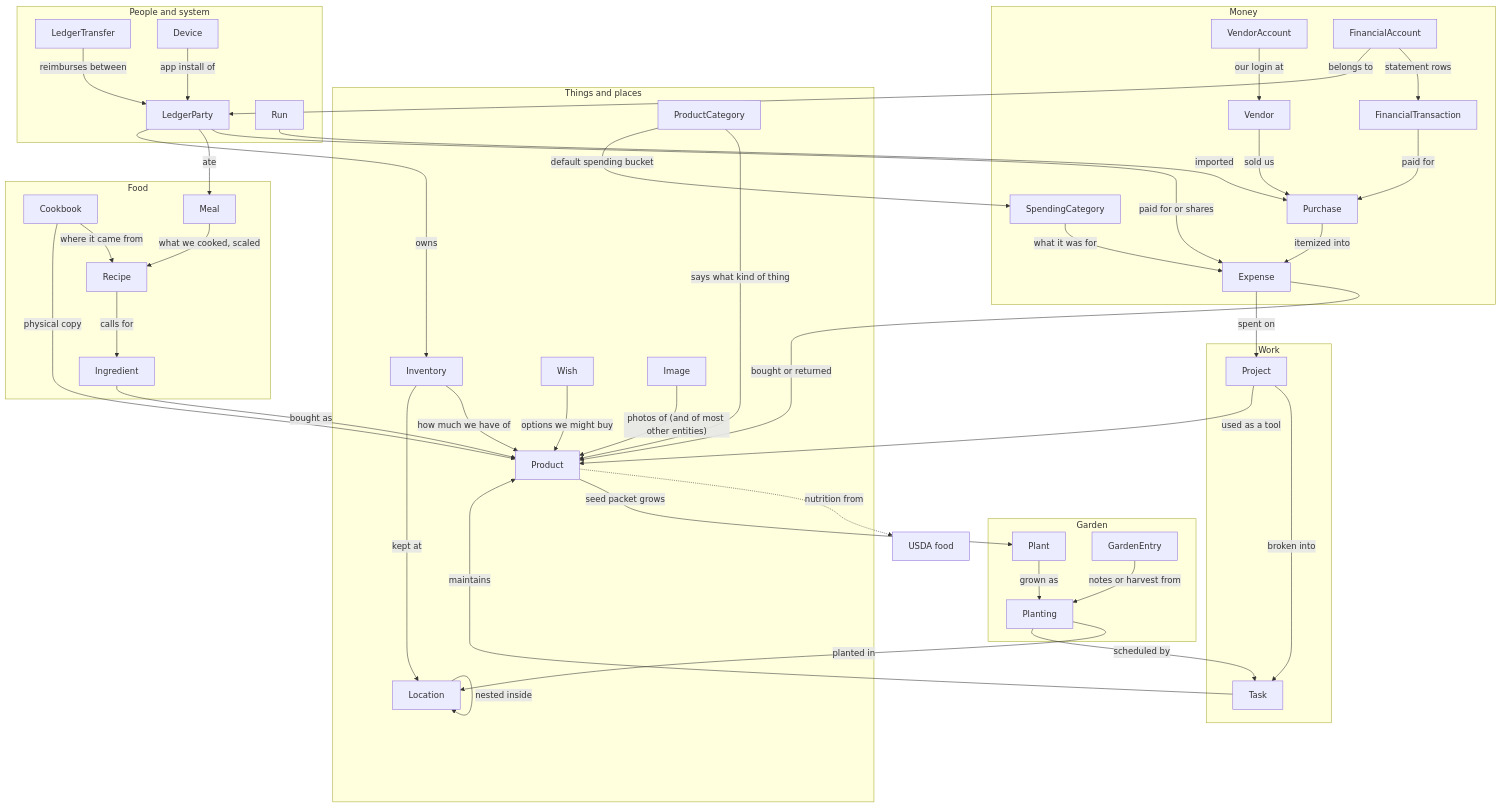
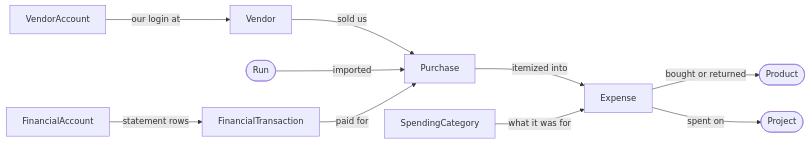
One commit to nickysemenza/cubby changed the sixth of 7 diagrams in README.md. Above: the diagram before and after it, drawn with Mermaid. The commit also changed other lines of this file, not shown here.

First line of the commit message:
Split README diagram into an overview plus per-section diagrams

````diff
--- a/README.md
+++ b/README.md
@@ -78,52 +168,12 @@
 ```mermaid
-flowchart TB
-  subgraph Core["Things and places"]
-    ProductCategory -- "says what kind of thing" --> Product
-    Inventory -- "how much we have of" --> Product
-    Inventory -- "kept at" --> Location
-    Location -- "nested inside" --> Location
-    Wish -- "options we might buy" --> Product
-    Image -- "photos of (and of most other entities)" --> Product
-  end
-  subgraph Food
-    Recipe -- "calls for" --> Ingredient
-    Cookbook -- "where it came from" --> Recipe
-    Meal -- "what we cooked, scaled" --> Recipe
-  end
-  subgraph Garden
-    Plant -- "grown as" --> Planting
-    GardenEntry -- "notes or harvest from" --> Planting
-  end
-  subgraph Work
-    Project -- "broken into" --> Task
-  end
-  subgraph Money
-    Vendor -- "sold us" --> Purchase
-    VendorAccount -- "our login at" --> Vendor
-    Purchase -- "itemized into" --> Expense
-    SpendingCategory -- "what it was for" --> Expense
-    FinancialAccount -- "statement rows" --> FinancialTransaction
-    FinancialTransaction -- "paid for" --> Purchase
-  end
-  subgraph People["People and system"]
-    LedgerTransfer -- "reimburses between" --> LedgerParty
-    Device -- "app install of" --> LedgerParty
-    Run
-  end
-  Ingredient -- "bought as" --> Product
-  Product -. "nutrition from" .-> USDA[USDA food]
-  Product -- "seed packet grows" --> Plant
-  Cookbook -- "physical copy" --> Product
-  ProductCategory -- "default spending bucket" --> SpendingCategory
-  Planting -- "planted in" --> Location
-  Planting -- "scheduled by" --> Task
-  Project -- "used as a tool" --> Product
-  Task -- "maintains" --> Product
-  Expense -- "bought or returned" --> Product
-  Expense -- "spent on" --> Project
-  LedgerParty -- "paid for or shares" --> Expense
-  LedgerParty -- "ate" --> Meal
-  LedgerParty -- "owns" --> Inventory
-  FinancialAccount -- "belongs to" --> LedgerParty
-  Run -- "imported" --> Purchase
+flowchart LR
+  VendorAccount -- "our login at" --> Vendor
+  Vendor -- "sold us" --> Purchase
+  Run([Run]) -- "imported" --> Purchase
+  Purchase -- "itemized into" --> Expense
+  SpendingCategory -- "what it was for" --> Expense
+  Expense -- "bought or returned" --> Product([Product])
+  Expense -- "spent on" --> Project([Project])
+  FinancialAccount -- "statement rows" --> FinancialTransaction
+  FinancialTransaction -- "paid for" --> Purchase
 ```
````
